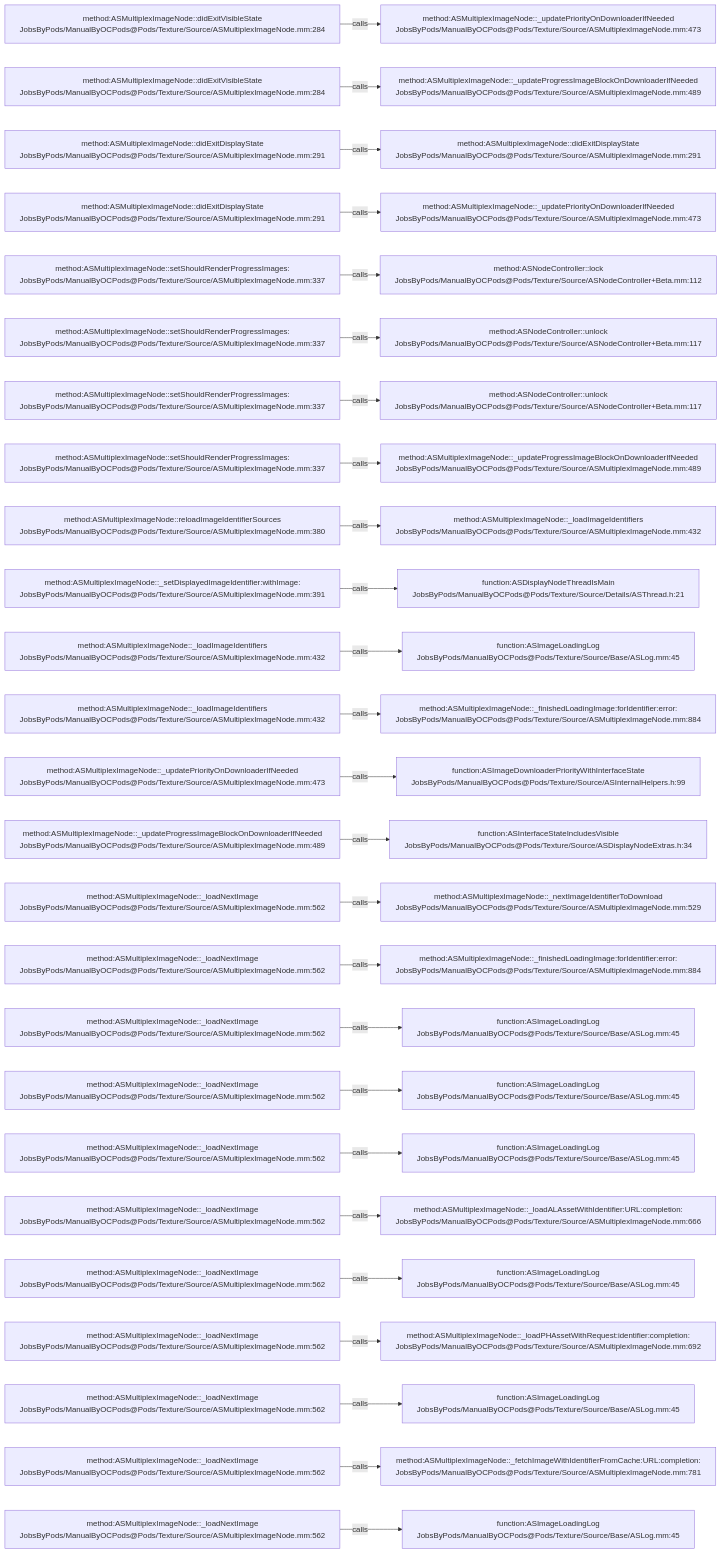
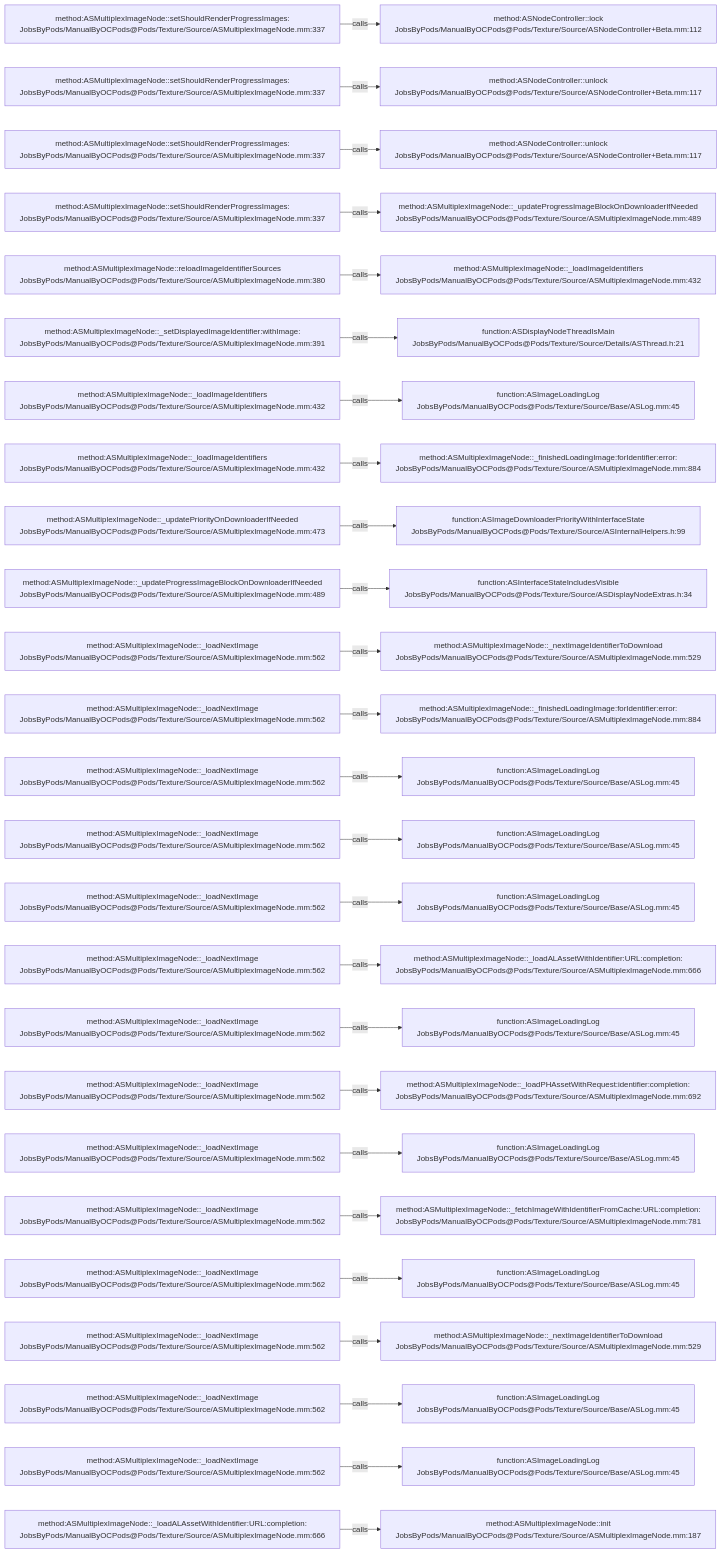
Before and after one commit to JobsKits/JobsOCBaseConfigDemo: the diagram in .codegraph/codegraph.md/graphs/calls-113.md, drawn with Mermaid. The commit also changed 727 other files, not shown here.

````diff
--- a/.codegraph/codegraph.md/graphs/calls-113.md
+++ b/.codegraph/codegraph.md/graphs/calls-113.md
@@ -13,78 +13,78 @@
 ```mermaid
 flowchart LR
-  S1["method:ASMultiplexImageNode::didExitVisibleState<br/>JobsByPods/ManualByOCPods@Pods/Texture/Source/ASMultiplexImageNode.mm:284"]
-  T1["method:ASMultiplexImageNode::_updatePriorityOnDownloaderIfNeeded<br/>JobsByPods/ManualByOCPods@Pods/Texture/Source/ASMultiplexImageNode.mm:473"]
+  S1["method:ASMultiplexImageNode::setShouldRenderProgressImages:<br/>JobsByPods/ManualByOCPods@Pods/Texture/Source/ASMultiplexImageNode.mm:337"]
+  T1["method:ASNodeController::lock<br/>JobsByPods/ManualByOCPods@Pods/Texture/Source/ASNodeController+Beta.mm:112"]
   S1 -->|calls| T1
-  S2["method:ASMultiplexImageNode::didExitVisibleState<br/>JobsByPods/ManualByOCPods@Pods/Texture/Source/ASMultiplexImageNode.mm:284"]
-  T2["method:ASMultiplexImageNode::_updateProgressImageBlockOnDownloaderIfNeeded<br/>JobsByPods/ManualByOCPods@Pods/Texture/Source/ASMultiplexImageNode.mm:489"]
+  S2["method:ASMultiplexImageNode::setShouldRenderProgressImages:<br/>JobsByPods/ManualByOCPods@Pods/Texture/Source/ASMultiplexImageNode.mm:337"]
+  T2["method:ASNodeController::unlock<br/>JobsByPods/ManualByOCPods@Pods/Texture/Source/ASNodeController+Beta.mm:117"]
   S2 -->|calls| T2
-  S3["method:ASMultiplexImageNode::didExitDisplayState<br/>JobsByPods/ManualByOCPods@Pods/Texture/Source/ASMultiplexImageNode.mm:291"]
-  T3["method:ASMultiplexImageNode::didExitDisplayState<br/>JobsByPods/ManualByOCPods@Pods/Texture/Source/ASMultiplexImageNode.mm:291"]
+  S3["method:ASMultiplexImageNode::setShouldRenderProgressImages:<br/>JobsByPods/ManualByOCPods@Pods/Texture/Source/ASMultiplexImageNode.mm:337"]
+  T3["method:ASNodeController::unlock<br/>JobsByPods/ManualByOCPods@Pods/Texture/Source/ASNodeController+Beta.mm:117"]
   S3 -->|calls| T3
-  S4["method:ASMultiplexImageNode::didExitDisplayState<br/>JobsByPods/ManualByOCPods@Pods/Texture/Source/ASMultiplexImageNode.mm:291"]
-  T4["method:ASMultiplexImageNode::_updatePriorityOnDownloaderIfNeeded<br/>JobsByPods/ManualByOCPods@Pods/Texture/Source/ASMultiplexImageNode.mm:473"]
+  S4["method:ASMultiplexImageNode::setShouldRenderProgressImages:<br/>JobsByPods/ManualByOCPods@Pods/Texture/Source/ASMultiplexImageNode.mm:337"]
+  T4["method:ASMultiplexImageNode::_updateProgressImageBlockOnDownloaderIfNeeded<br/>JobsByPods/ManualByOCPods@Pods/Texture/Source/ASMultiplexImageNode.mm:489"]
   S4 -->|calls| T4
-  S5["method:ASMultiplexImageNode::setShouldRenderProgressImages:<br/>JobsByPods/ManualByOCPods@Pods/Texture/Source/ASMultiplexImageNode.mm:337"]
-  T5["method:ASNodeController::lock<br/>JobsByPods/ManualByOCPods@Pods/Texture/Source/ASNodeController+Beta.mm:112"]
+  S5["method:ASMultiplexImageNode::reloadImageIdentifierSources<br/>JobsByPods/ManualByOCPods@Pods/Texture/Source/ASMultiplexImageNode.mm:380"]
+  T5["method:ASMultiplexImageNode::_loadImageIdentifiers<br/>JobsByPods/ManualByOCPods@Pods/Texture/Source/ASMultiplexImageNode.mm:432"]
   S5 -->|calls| T5
-  S6["method:ASMultiplexImageNode::setShouldRenderProgressImages:<br/>JobsByPods/ManualByOCPods@Pods/Texture/Source/ASMultiplexImageNode.mm:337"]
-  T6["method:ASNodeController::unlock<br/>JobsByPods/ManualByOCPods@Pods/Texture/Source/ASNodeController+Beta.mm:117"]
+  S6["method:ASMultiplexImageNode::_setDisplayedImageIdentifier:withImage:<br/>JobsByPods/ManualByOCPods@Pods/Texture/Source/ASMultiplexImageNode.mm:391"]
+  T6["function:ASDisplayNodeThreadIsMain<br/>JobsByPods/ManualByOCPods@Pods/Texture/Source/Details/ASThread.h:21"]
   S6 -->|calls| T6
-  S7["method:ASMultiplexImageNode::setShouldRenderProgressImages:<br/>JobsByPods/ManualByOCPods@Pods/Texture/Source/ASMultiplexImageNode.mm:337"]
-  T7["method:ASNodeController::unlock<br/>JobsByPods/ManualByOCPods@Pods/Texture/Source/ASNodeController+Beta.mm:117"]
+  S7["method:ASMultiplexImageNode::_loadImageIdentifiers<br/>JobsByPods/ManualByOCPods@Pods/Texture/Source/ASMultiplexImageNode.mm:432"]
+  T7["function:ASImageLoadingLog<br/>JobsByPods/ManualByOCPods@Pods/Texture/Source/Base/ASLog.mm:45"]
   S7 -->|calls| T7
-  S8["method:ASMultiplexImageNode::setShouldRenderProgressImages:<br/>JobsByPods/ManualByOCPods@Pods/Texture/Source/ASMultiplexImageNode.mm:337"]
-  T8["method:ASMultiplexImageNode::_updateProgressImageBlockOnDownloaderIfNeeded<br/>JobsByPods/ManualByOCPods@Pods/Texture/Source/ASMultiplexImageNode.mm:489"]
+  S8["method:ASMultiplexImageNode::_loadImageIdentifiers<br/>JobsByPods/ManualByOCPods@Pods/Texture/Source/ASMultiplexImageNode.mm:432"]
+  T8["method:ASMultiplexImageNode::_finishedLoadingImage:forIdentifier:error:<br/>JobsByPods/ManualByOCPods@Pods/Texture/Source/ASMultiplexImageNode.mm:884"]
   S8 -->|calls| T8
-  S9["method:ASMultiplexImageNode::reloadImageIdentifierSources<br/>JobsByPods/ManualByOCPods@Pods/Texture/Source/ASMultiplexImageNode.mm:380"]
-  T9["method:ASMultiplexImageNode::_loadImageIdentifiers<br/>JobsByPods/ManualByOCPods@Pods/Texture/Source/ASMultiplexImageNode.mm:432"]
+  S9["method:ASMultiplexImageNode::_updatePriorityOnDownloaderIfNeeded<br/>JobsByPods/ManualByOCPods@Pods/Texture/Source/ASMultiplexImageNode.mm:473"]
+  T9["function:ASImageDownloaderPriorityWithInterfaceState<br/>JobsByPods/ManualByOCPods@Pods/Texture/Source/ASInternalHelpers.h:99"]
   S9 -->|calls| T9
-  S10["method:ASMultiplexImageNode::_setDisplayedImageIdentifier:withImage:<br/>JobsByPods/ManualByOCPods@Pods/Texture/Source/ASMultiplexImageNode.mm:391"]
-  T10["function:ASDisplayNodeThreadIsMain<br/>JobsByPods/ManualByOCPods@Pods/Texture/Source/Details/ASThread.h:21"]
+  S10["method:ASMultiplexImageNode::_updateProgressImageBlockOnDownloaderIfNeeded<br/>JobsByPods/ManualByOCPods@Pods/Texture/Source/ASMultiplexImageNode.mm:489"]
+  T10["function:ASInterfaceStateIncludesVisible<br/>JobsByPods/ManualByOCPods@Pods/Texture/Source/ASDisplayNodeExtras.h:34"]
   S10 -->|calls| T10
-  S11["method:ASMultiplexImageNode::_loadImageIdentifiers<br/>JobsByPods/ManualByOCPods@Pods/Texture/Source/ASMultiplexImageNode.mm:432"]
-  T11["function:ASImageLoadingLog<br/>JobsByPods/ManualByOCPods@Pods/Texture/Source/Base/ASLog.mm:45"]
+  S11["method:ASMultiplexImageNode::_loadNextImage<br/>JobsByPods/ManualByOCPods@Pods/Texture/Source/ASMultiplexImageNode.mm:562"]
+  T11["method:ASMultiplexImageNode::_nextImageIdentifierToDownload<br/>JobsByPods/ManualByOCPods@Pods/Texture/Source/ASMultiplexImageNode.mm:529"]
   S11 -->|calls| T11
-  S12["method:ASMultiplexImageNode::_loadImageIdentifiers<br/>JobsByPods/ManualByOCPods@Pods/Texture/Source/ASMultiplexImageNode.mm:432"]
+  S12["method:ASMultiplexImageNode::_loadNextImage<br/>JobsByPods/ManualByOCPods@Pods/Texture/Source/ASMultiplexImageNode.mm:562"]
   T12["method:ASMultiplexImageNode::_finishedLoadingImage:forIdentifier:error:<br/>JobsByPods/ManualByOCPods@Pods/Texture/Source/ASMultiplexImageNode.mm:884"]
   S12 -->|calls| T12
-  S13["method:ASMultiplexImageNode::_updatePriorityOnDownloaderIfNeeded<br/>JobsByPods/ManualByOCPods@Pods/Texture/Source/ASMultiplexImageNode.mm:473"]
-  T13["function:ASImageDownloaderPriorityWithInterfaceState<br/>JobsByPods/ManualByOCPods@Pods/Texture/Source/ASInternalHelpers.h:99"]
+  S13["method:ASMultiplexImageNode::_loadNextImage<br/>JobsByPods/ManualByOCPods@Pods/Texture/Source/ASMultiplexImageNode.mm:562"]
+  T13["function:ASImageLoadingLog<br/>JobsByPods/ManualByOCPods@Pods/Texture/Source/Base/ASLog.mm:45"]
   S13 -->|calls| T13
-  S14["method:ASMultiplexImageNode::_updateProgressImageBlockOnDownloaderIfNeeded<br/>JobsByPods/ManualByOCPods@Pods/Texture/Source/ASMultiplexImageNode.mm:489"]
-  T14["function:ASInterfaceStateIncludesVisible<br/>JobsByPods/ManualByOCPods@Pods/Texture/Source/ASDisplayNodeExtras.h:34"]
+  S14["method:ASMultiplexImageNode::_loadNextImage<br/>JobsByPods/ManualByOCPods@Pods/Texture/Source/ASMultiplexImageNode.mm:562"]
+  T14["function:ASImageLoadingLog<br/>JobsByPods/ManualByOCPods@Pods/Texture/Source/Base/ASLog.mm:45"]
   S14 -->|calls| T14
   S15["method:ASMultiplexImageNode::_loadNextImage<br/>JobsByPods/ManualByOCPods@Pods/Texture/Source/ASMultiplexImageNode.mm:562"]
-  T15["method:ASMultiplexImageNode::_nextImageIdentifierToDownload<br/>JobsByPods/ManualByOCPods@Pods/Texture/Source/ASMultiplexImageNode.mm:529"]
+  T15["function:ASImageLoadingLog<br/>JobsByPods/ManualByOCPods@Pods/Texture/Source/Base/ASLog.mm:45"]
   S15 -->|calls| T15
   S16["method:ASMultiplexImageNode::_loadNextImage<br/>JobsByPods/ManualByOCPods@Pods/Texture/Source/ASMultiplexImageNode.mm:562"]
-  T16["method:ASMultiplexImageNode::_finishedLoadingImage:forIdentifier:error:<br/>JobsByPods/ManualByOCPods@Pods/Texture/Source/ASMultiplexImageNode.mm:884"]
+  T16["method:ASMultiplexImageNode::_loadALAssetWithIdentifier:URL:completion:<br/>JobsByPods/ManualByOCPods@Pods/Texture/Source/ASMultiplexImageNode.mm:666"]
   S16 -->|calls| T16
   S17["method:ASMultiplexImageNode::_loadNextImage<br/>JobsByPods/ManualByOCPods@Pods/Texture/Source/ASMultiplexImageNode.mm:562"]
   T17["function:ASImageLoadingLog<br/>JobsByPods/ManualByOCPods@Pods/Texture/Source/Base/ASLog.mm:45"]
   S17 -->|calls| T17
   S18["method:ASMultiplexImageNode::_loadNextImage<br/>JobsByPods/ManualByOCPods@Pods/Texture/Source/ASMultiplexImageNode.mm:562"]
-  T18["function:ASImageLoadingLog<br/>JobsByPods/ManualByOCPods@Pods/Texture/Source/Base/ASLog.mm:45"]
+  T18["method:ASMultiplexImageNode::_loadPHAssetWithRequest:identifier:completion:<br/>JobsByPods/ManualByOCPods@Pods/Texture/Source/ASMultiplexImageNode.mm:692"]
   S18 -->|calls| T18
   S19["method:ASMultiplexImageNode::_loadNextImage<br/>JobsByPods/ManualByOCPods@Pods/Texture/Source/ASMultiplexImageNode.mm:562"]
   T19["function:ASImageLoadingLog<br/>JobsByPods/ManualByOCPods@Pods/Texture/Source/Base/ASLog.mm:45"]
   S19 -->|calls| T19
   S20["method:ASMultiplexImageNode::_loadNextImage<br/>JobsByPods/ManualByOCPods@Pods/Texture/Source/ASMultiplexImageNode.mm:562"]
-  T20["method:ASMultiplexImageNode::_loadALAssetWithIdentifier:URL:completion:<br/>JobsByPods/ManualByOCPods@Pods/Texture/Source/ASMultiplexImageNode.mm:666"]
+  T20["method:ASMultiplexImageNode::_fetchImageWithIdentifierFromCache:URL:completion:<br/>JobsByPods/ManualByOCPods@Pods/Texture/Source/ASMultiplexImageNode.mm:781"]
   S20 -->|calls| T20
   S21["method:ASMultiplexImageNode::_loadNextImage<br/>JobsByPods/ManualByOCPods@Pods/Texture/Source/ASMultiplexImageNode.mm:562"]
   T21["function:ASImageLoadingLog<br/>JobsByPods/ManualByOCPods@Pods/Texture/Source/Base/ASLog.mm:45"]
   S21 -->|calls| T21
   S22["method:ASMultiplexImageNode::_loadNextImage<br/>JobsByPods/ManualByOCPods@Pods/Texture/Source/ASMultiplexImageNode.mm:562"]
-  T22["method:ASMultiplexImageNode::_loadPHAssetWithRequest:identifier:completion:<br/>JobsByPods/ManualByOCPods@Pods/Texture/Source/ASMultiplexImageNode.mm:692"]
+  T22["method:ASMultiplexImageNode::_nextImageIdentifierToDownload<br/>JobsByPods/ManualByOCPods@Pods/Texture/Source/ASMultiplexImageNode.mm:529"]
   S22 -->|calls| T22
   S23["method:ASMultiplexImageNode::_loadNextImage<br/>JobsByPods/ManualByOCPods@Pods/Texture/Source/ASMultiplexImageNode.mm:562"]
   T23["function:ASImageLoadingLog<br/>JobsByPods/ManualByOCPods@Pods/Texture/Source/Base/ASLog.mm:45"]
   S23 -->|calls| T23
   S24["method:ASMultiplexImageNode::_loadNextImage<br/>JobsByPods/ManualByOCPods@Pods/Texture/Source/ASMultiplexImageNode.mm:562"]
-  T24["method:ASMultiplexImageNode::_fetchImageWithIdentifierFromCache:URL:completion:<br/>JobsByPods/ManualByOCPods@Pods/Texture/Source/ASMultiplexImageNode.mm:781"]
+  T24["function:ASImageLoadingLog<br/>JobsByPods/ManualByOCPods@Pods/Texture/Source/Base/ASLog.mm:45"]
   S24 -->|calls| T24
-  S25["method:ASMultiplexImageNode::_loadNextImage<br/>JobsByPods/ManualByOCPods@Pods/Texture/Source/ASMultiplexImageNode.mm:562"]
-  T25["function:ASImageLoadingLog<br/>JobsByPods/ManualByOCPods@Pods/Texture/Source/Base/ASLog.mm:45"]
+  S25["method:ASMultiplexImageNode::_loadALAssetWithIdentifier:URL:completion:<br/>JobsByPods/ManualByOCPods@Pods/Texture/Source/ASMultiplexImageNode.mm:666"]
+  T25["method:ASMultiplexImageNode::init<br/>JobsByPods/ManualByOCPods@Pods/Texture/Source/ASMultiplexImageNode.mm:187"]
   S25 -->|calls| T25
 ```
````
